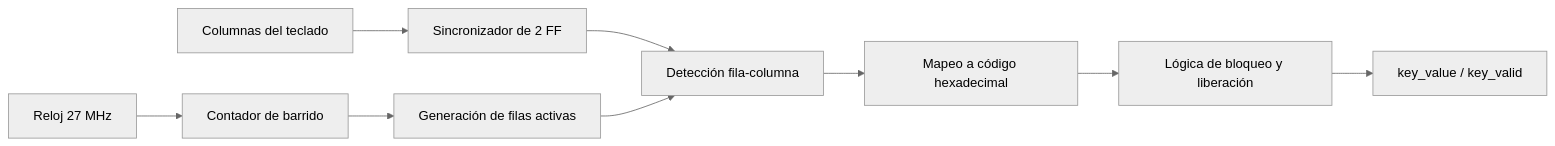
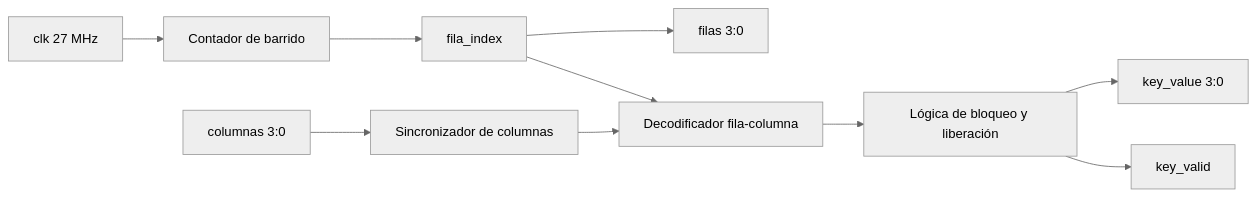
The first of 5 diagrams in README.md (JohnProgr/Proyecto_2), drawn with Mermaid (neutral theme) before and after one commit. The commit also changed other lines of this file, not shown here.

````diff
--- a/README.md
+++ b/README.md
@@ -215,11 +125,12 @@
 ```mermaid
 flowchart LR
-    CLK[Reloj 27 MHz] --> SCAN[Contador de barrido]
-    SCAN --> FILAS[Generación de filas activas]
-    COLUMNAS[Columnas del teclado] --> SYNC[Sincronizador de 2 FF]
-    SYNC --> DET[Detección fila-columna]
-    FILAS --> DET
-    DET --> MAP[Mapeo a código hexadecimal]
-    MAP --> LOCK[Lógica de bloqueo y liberación]
-    LOCK --> OUT[key_value / key_valid]
+    COL[columnas 3:0] --> SYNC[Sincronizador de columnas]
+    CLK[clk 27 MHz] --> SCAN[Contador de barrido]
+    SCAN --> FILA[fila_index]
+    FILA --> FILAS[filas 3:0]
+    SYNC --> DEC[Decodificador fila-columna]
+    FILA --> DEC
+    DEC --> LOCK[Lógica de bloqueo y liberación]
+    LOCK --> KV[key_value 3:0]
+    LOCK --> VALID[key_valid]
 ```
````
